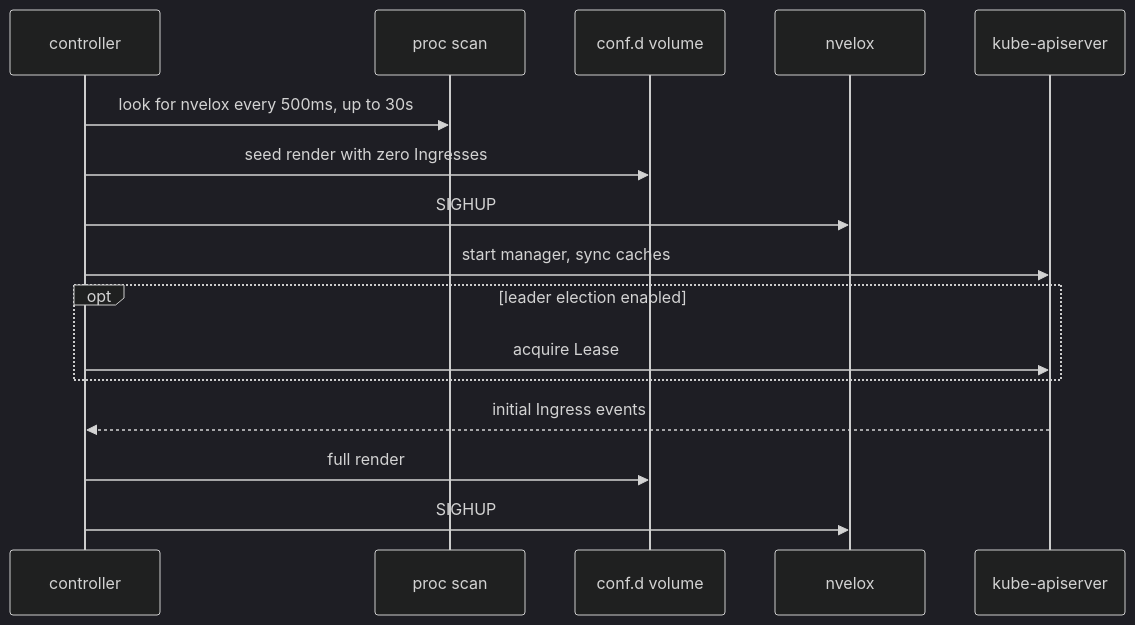
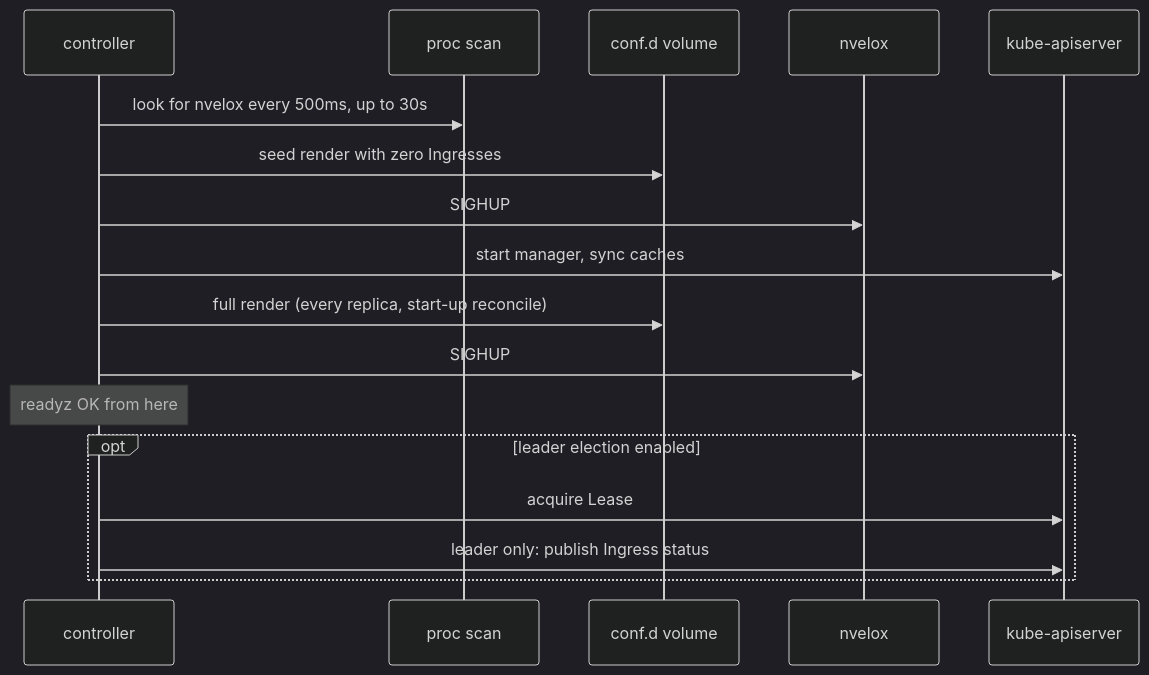
Before and after one commit to nvelox/nvelox-ingress-controller: the sixth of 6 diagrams in docs/architecture.md, drawn with Mermaid (dark theme). The commit also changed other lines of this file and 9 other files, not shown here.

First line of the commit message:
fix: every replica renders routes; leader election only picks the status writer (0.2.4)

````diff
--- a/docs/architecture.md
+++ b/docs/architecture.md
@@ -156,18 +156,19 @@
 ```mermaid
 sequenceDiagram
     participant C as controller
     participant P as proc scan
     participant FS as conf.d volume
     participant N as nvelox
     participant API as kube-apiserver
     C->>P: look for nvelox every 500ms, up to 30s
     C->>FS: seed render with zero Ingresses
     C->>N: SIGHUP
     C->>API: start manager, sync caches
+    C->>FS: full render (every replica, start-up reconcile)
+    C->>N: SIGHUP
+    Note over C: readyz OK from here
     opt leader election enabled
         C->>API: acquire Lease
+        C->>API: leader only: publish Ingress status
     end
-    API-->>C: initial Ingress events
-    C->>FS: full render
-    C->>N: SIGHUP
 ```
````
